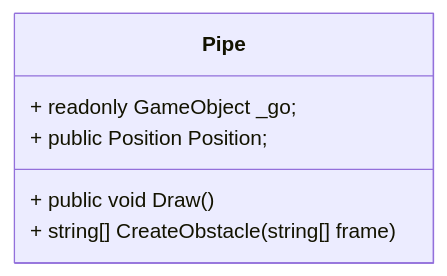
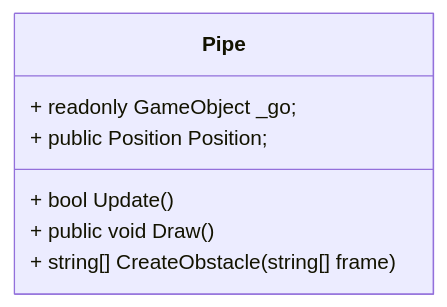
One commit to NexusWeave/MVP-FlappyBird-cs changed the ninth of 9 diagrams in dokumentasjon/diagram/klasse-diagram.md. Above: the diagram before and after it, drawn with Mermaid. The commit also changed other lines of this file, not shown here.

Commit message:
Add Position property to Bird, Ground, and Pipe classes in klasse-diagram.md

````diff
--- a/dokumentasjon/diagram/klasse-diagram.md
+++ b/dokumentasjon/diagram/klasse-diagram.md
@@ -132,12 +134,13 @@
 ```mermaid
     classDiagram
         direction TD
 
         class Pipe {
             + readonly GameObject _go;
             + public Position Position;
             
+            + bool Update()
             + public void Draw()
             + string[] CreateObstacle(string[] frame)
         }
 ```
````
